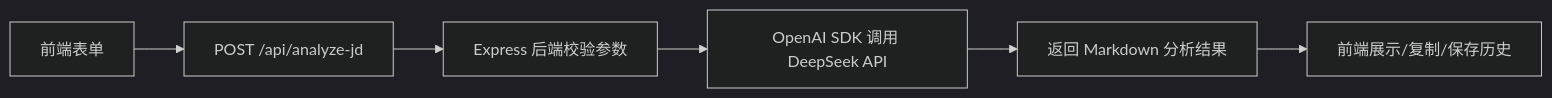
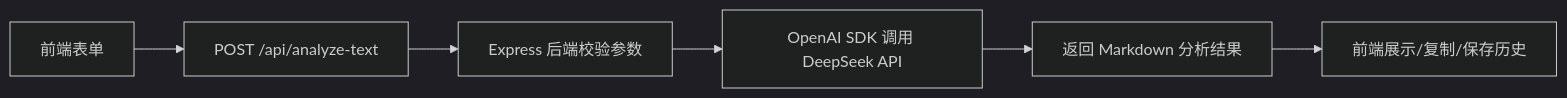
Before and after one commit to chenghao00928-web/ai-creator-workspace-product-case: the diagram in docs/api-integration.md, drawn with Mermaid (dark theme). The commit also changed other lines of this file and 26 other files, not shown here.

````diff
--- a/docs/api-integration.md
+++ b/docs/api-integration.md
@@ -29,8 +29,8 @@
 ```mermaid
 flowchart LR
-    A["前端表单"] --> B["POST /api/analyze-jd"]
+    A["前端表单"] --> B["POST /api/analyze-text"]
     B --> C["Express 后端校验参数"]
     C --> D["OpenAI SDK 调用 DeepSeek API"]
     D --> E["返回 Markdown 分析结果"]
     E --> F["前端展示/复制/保存历史"]
 ```
````
